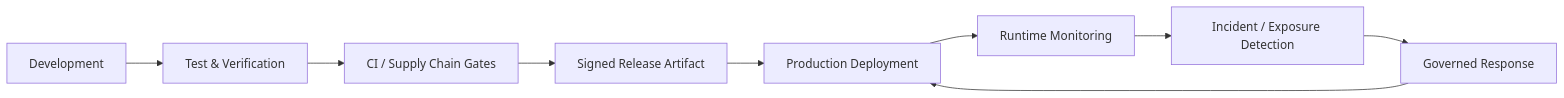
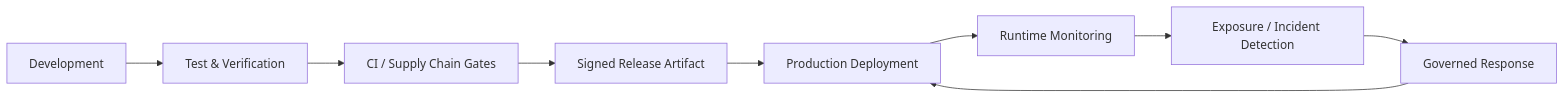
Before and after one commit to vishnuvardhanburri/VARDHAN_Q_CORE-PLATFORM: the seventh of 7 diagrams in README.md, drawn with Mermaid. The commit also changed other lines of this file, not shown here.

Commit message:
docs(readme): add assurance roadmap and certification badges

````diff
--- a/README.md
+++ b/README.md
@@ -153,11 +271,11 @@
 ```mermaid
 flowchart LR
     D[Development] --> T[Test & Verification]
     T --> CI[CI / Supply Chain Gates]
     CI --> S[Signed Release Artifact]
     S --> P[Production Deployment]
     P --> M[Runtime Monitoring]
-    M --> X[Incident / Exposure Detection]
+    M --> X[Exposure / Incident Detection]
     X --> Q[Governed Response]
     Q --> P
 ```
````
